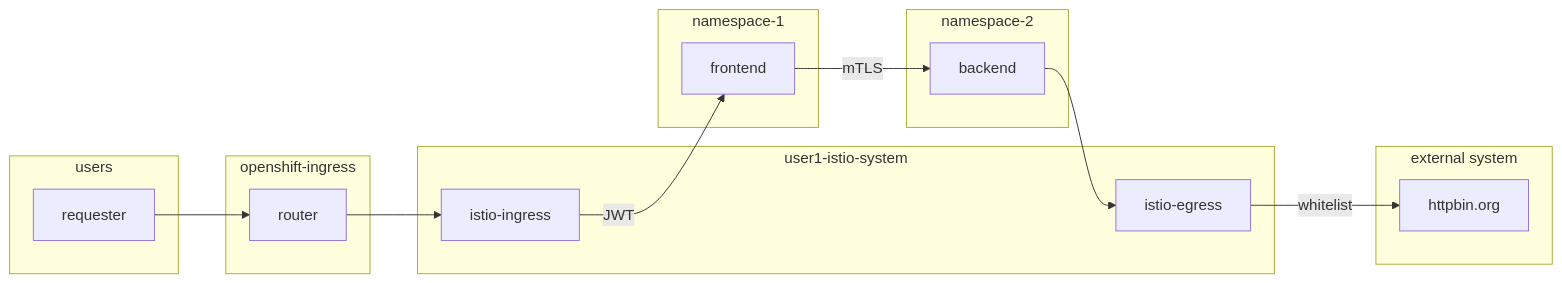
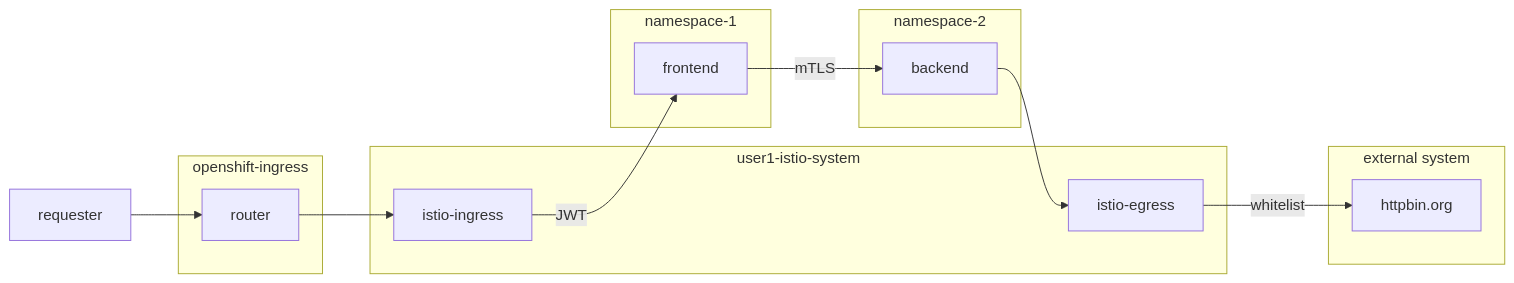
Before and after one commit to rhthsa/OpenShift-POC-AppDev: the diagram in docs/07-SERVICE_MESH.md, drawn with Mermaid.

Commit message:
Update diagram

````diff
--- a/docs/07-SERVICE_MESH.md
+++ b/docs/07-SERVICE_MESH.md
@@ -13,33 +13,29 @@
 ```mermaid
 graph LR
     requester-->router
-    subgraph users
-    requester
-    end
-    
     router-->istio-ingress
     subgraph openshift-ingress
     router
     end
 
     istio-egress-- whitelist -->httpbin.org
     subgraph user1-istio-system
     istio-ingress
     istio-egress
     end
     
     istio-ingress-- JWT -->frontend
     frontend-- mTLS -->backend
     subgraph namespace-1
     frontend
     end
 
     backend-->istio-egress
     subgraph namespace-2
     backend
     end
 
     subgraph "external system"
     httpbin.org
     end
 ```
````
